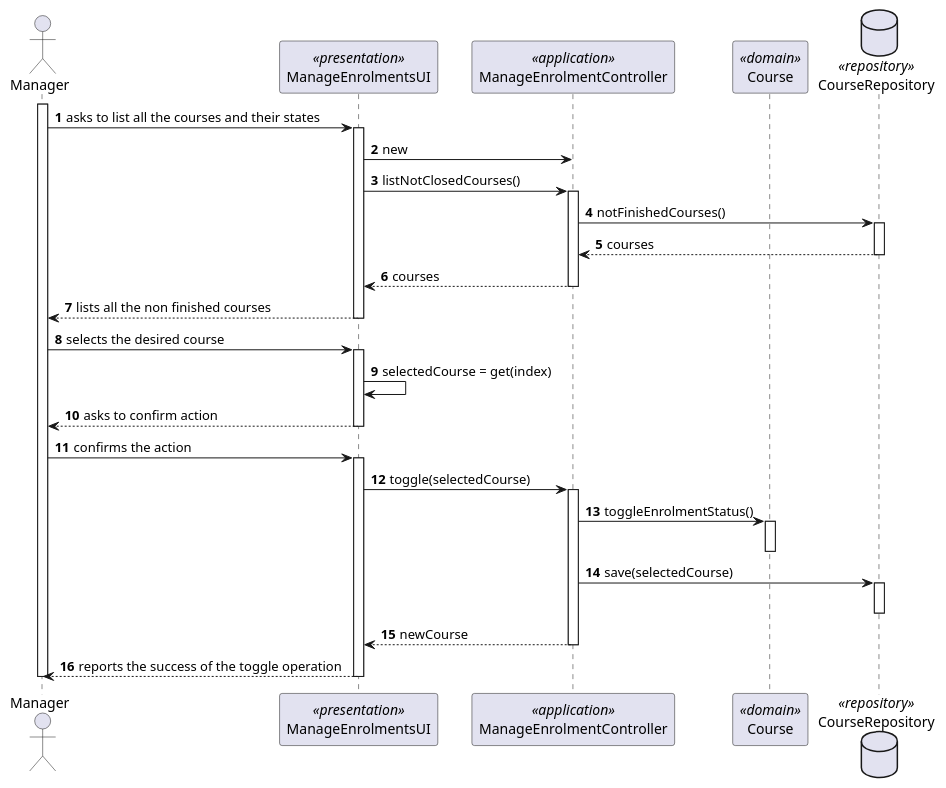
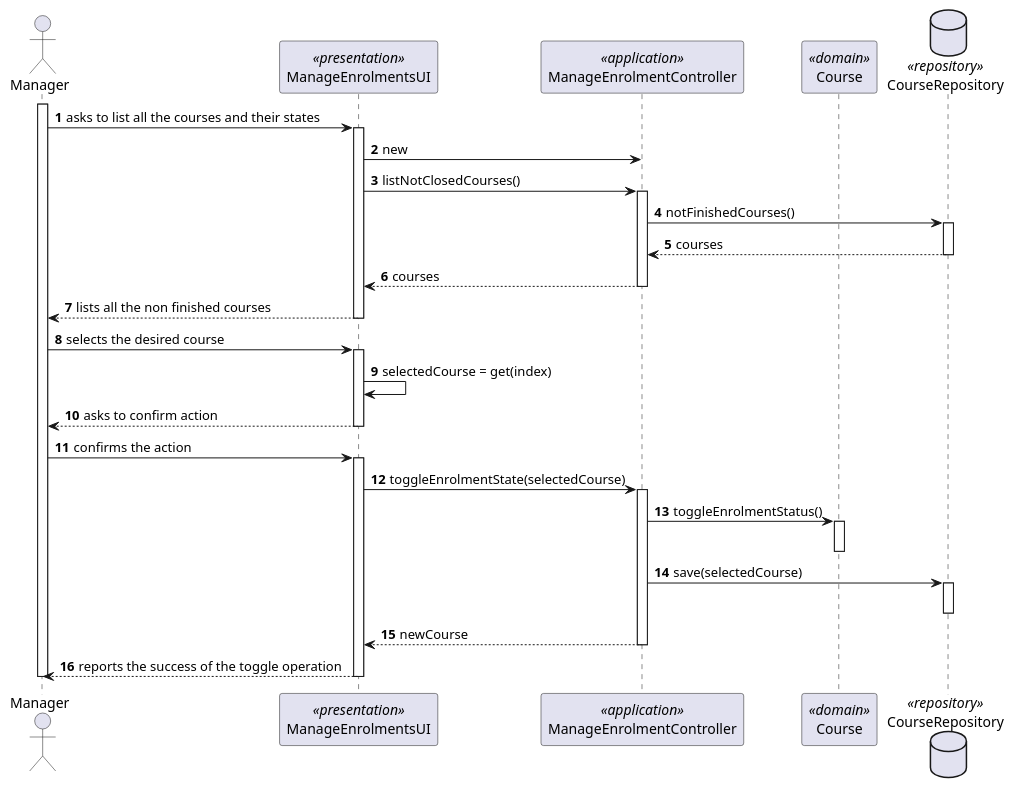
The diagram in docs/sprint-b/us09-1003/US1003_SD.puml (miseEnPlace-dev/lapr4), drawn with PlantUML before and after one commit. The commit also changed 3 other files, not shown here.

Commit message:
docs: updated class diagram (#16)

```diff
--- a/docs/sprint-b/us09-1003/US1003_SD.puml
+++ b/docs/sprint-b/us09-1003/US1003_SD.puml
@@ -1,52 +1,52 @@
 @startuml US1003_SD
 autonumber
 
 actor "Manager" as M
 participant "ManageEnrolmentsUI" as UI <<presentation>>
 participant "ManageEnrolmentController" as CTRL <<application>>
 participant "Course" as C <<domain>>
 
 database CourseRepository as REP <<repository>>
 
 activate M
 
 M -> UI : asks to list all the courses and their states
 activate UI
 
 UI -> CTRL : new
 UI -> CTRL : listNotClosedCourses()
 activate CTRL
 CTRL -> REP : notFinishedCourses()
 activate REP
 REP --> CTRL : courses
 deactivate REP
 CTRL --> UI : courses
 deactivate CTRL
 
 UI --> M : lists all the non finished courses
 deactivate UI
 
 M -> UI : selects the desired course
 activate UI
 UI -> UI : selectedCourse = get(index)
 UI --> M : asks to confirm action
 deactivate UI
 
 M -> UI : confirms the action
 activate UI
-UI->CTRL : toggle(selectedCourse)
+UI->CTRL : toggleEnrolmentState(selectedCourse)
 activate CTRL
 CTRL -> C : toggleEnrolmentStatus()
 activate C
 deactivate C
 CTRL -> REP : save(selectedCourse)
 activate REP
 deactivate REP
 CTRL --> UI : newCourse
 deactivate CTRL
 UI--> M : reports the success of the toggle operation
 deactivate UI
 
 deactivate M
 
 @enduml
```
